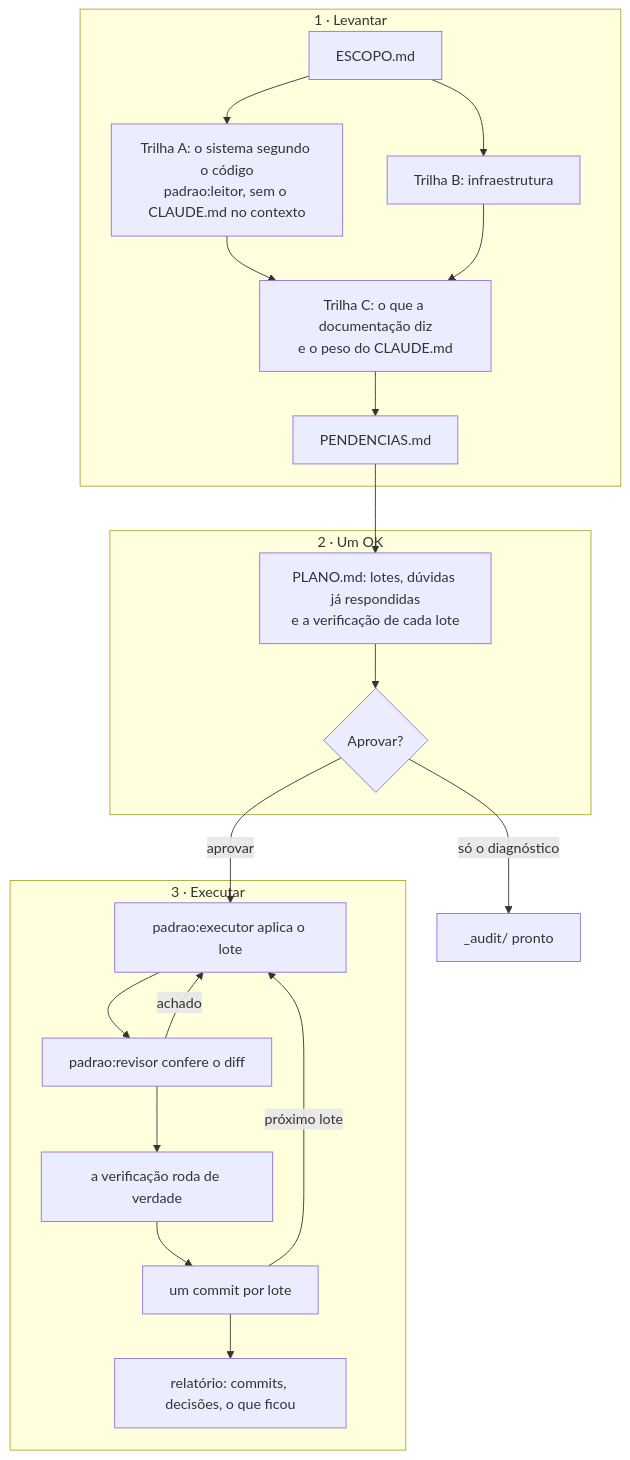
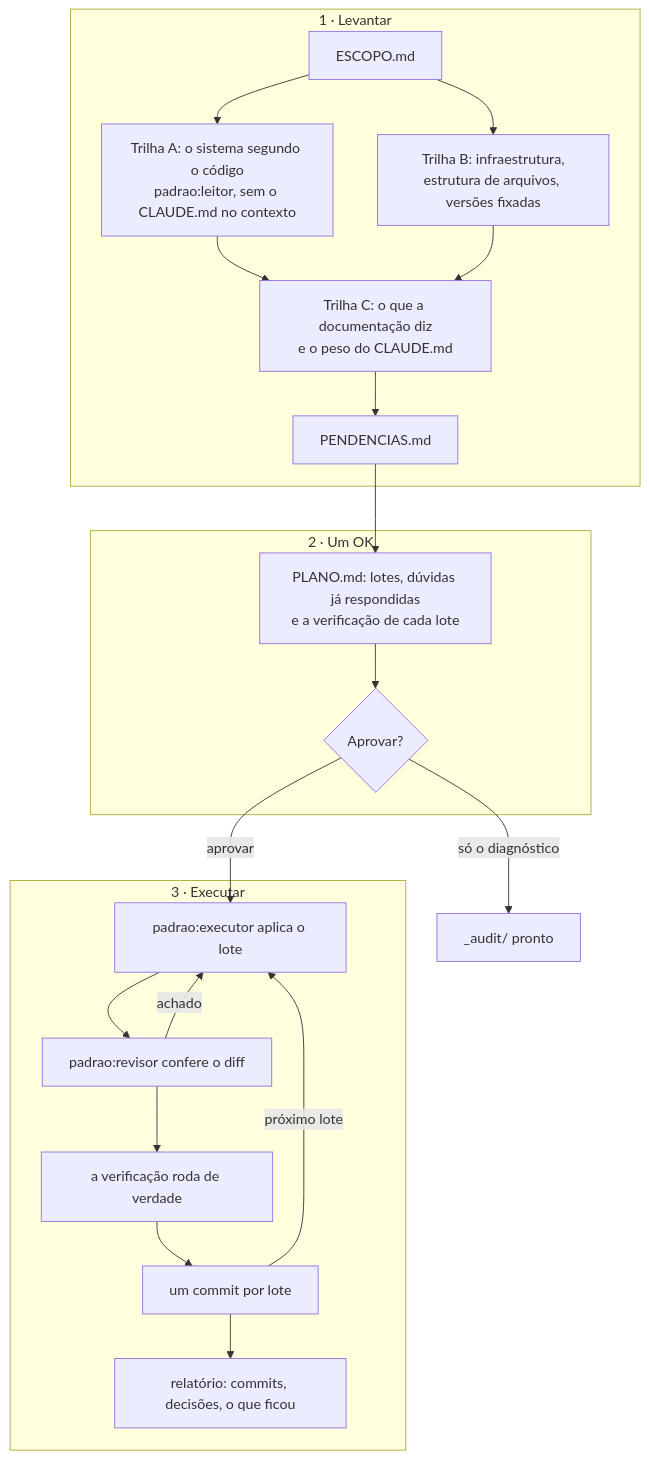
One commit to Kortek-Tecnologia/claude-padrao changed the third of 5 diagrams in README.md. Above: the diagram before and after it, drawn with Mermaid. The commit also changed other lines of this file and 25 other files, not shown here.

First line of the commit message:
padrao 2.16.0: estrutura por convenção, versões fixadas, reorganizar e instrução da compactação

````diff
--- a/README.md
+++ b/README.md
@@ -101,24 +109,24 @@
 ```mermaid
 flowchart TD
   subgraph F1["1 · Levantar"]
     E["ESCOPO.md"] --> A["Trilha A: o sistema segundo o código<br/>padrao:leitor, sem o CLAUDE.md no contexto"]
-    E --> B["Trilha B: infraestrutura"]
+    E --> B["Trilha B: infraestrutura,<br/>estrutura de arquivos, versões fixadas"]
     A --> C["Trilha C: o que a documentação diz<br/>e o peso do CLAUDE.md"]
     B --> C
     C --> P["PENDENCIAS.md"]
   end
   subgraph F2["2 · Um OK"]
     P --> PL["PLANO.md: lotes, dúvidas já respondidas<br/>e a verificação de cada lote"]
     PL --> OK{"Aprovar?"}
   end
   subgraph F3["3 · Executar"]
     X["padrao:executor aplica o lote"] --> RV["padrao:revisor confere o diff"]
     RV -->|"achado"| X
     RV --> V["a verificação roda de verdade"]
     V --> CM["um commit por lote"]
     CM -->|"próximo lote"| X
     CM --> REL["relatório: commits, decisões, o que ficou"]
   end
   OK -->|"aprovar"| X
   OK -->|"só o diagnóstico"| FIM["_audit/ pronto"]
 ```
````
